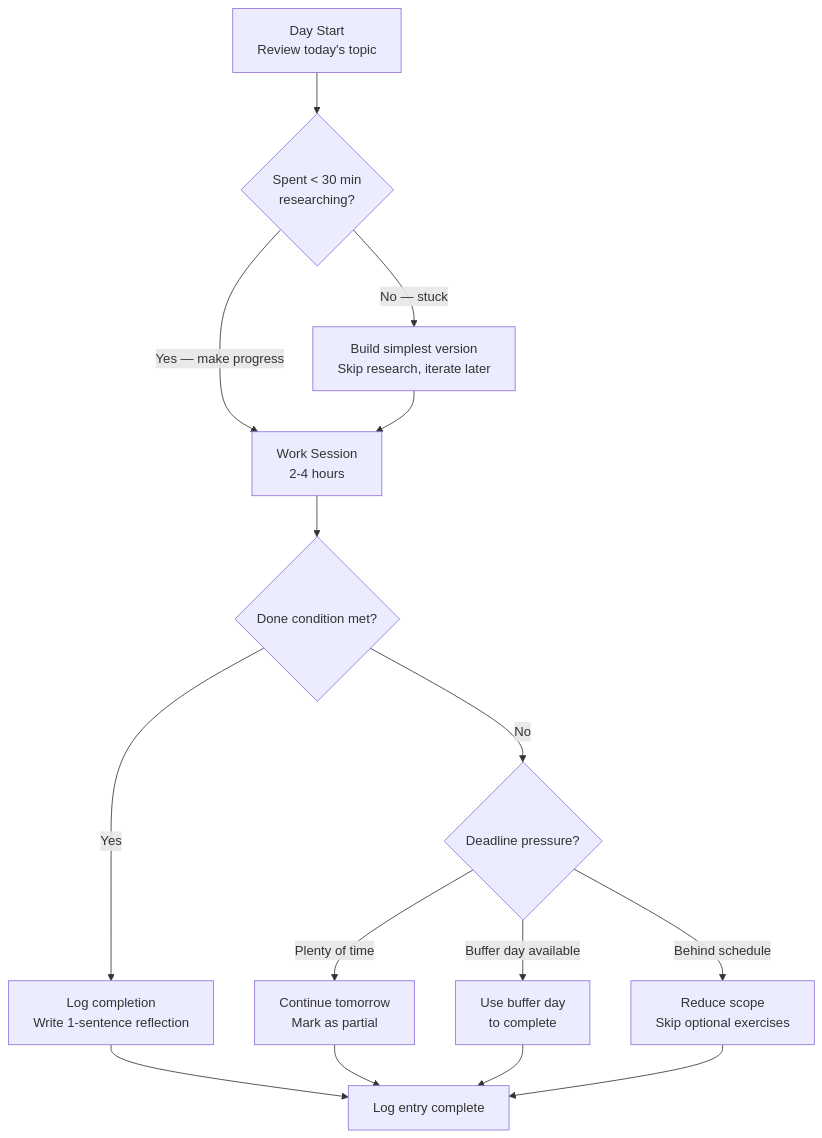
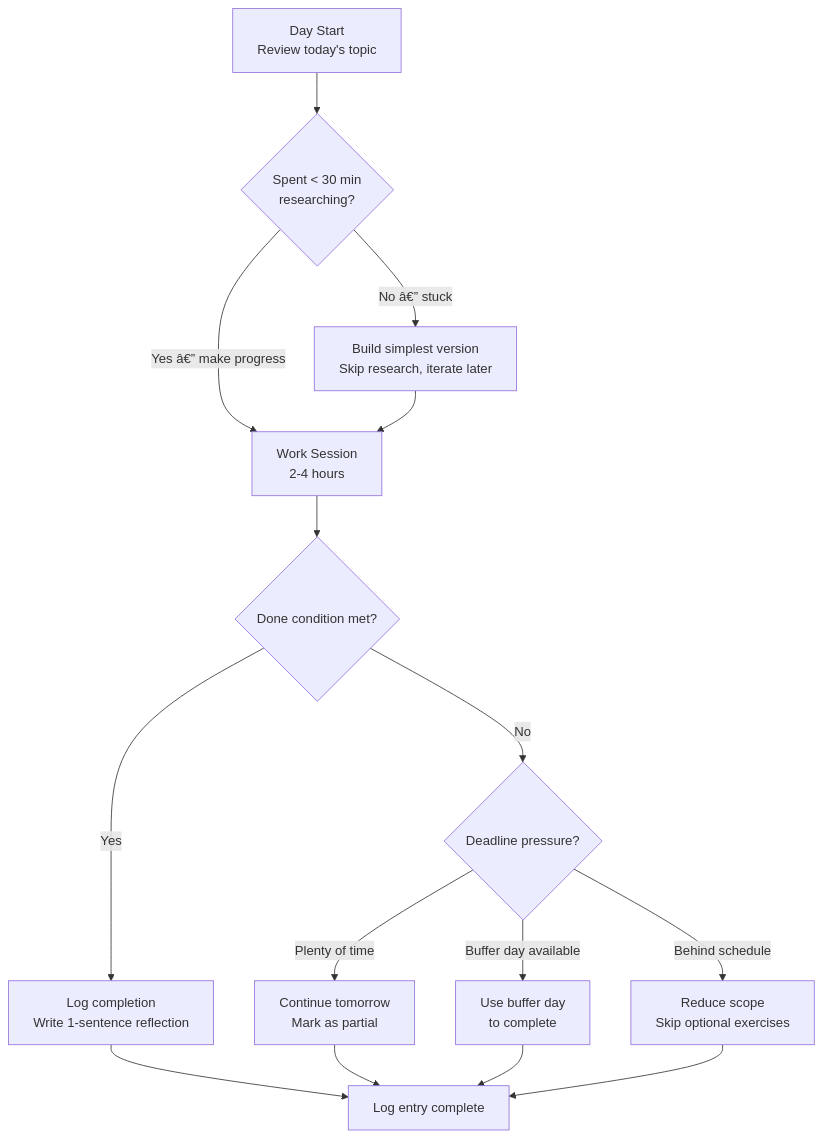
One commit to Raushan666java/ai-engineering-journey changed the third of 4 diagrams in docs/courses/ai-agent-engineer/07-day-by-day-plan.md. Above: the diagram before and after it, drawn with Mermaid. The commit also changed other lines of this file and 735 other files, not shown here.

````diff
--- a/docs/courses/ai-agent-engineer/07-day-by-day-plan.md
+++ b/docs/courses/ai-agent-engineer/07-day-by-day-plan.md
@@ -689,17 +689,17 @@
 ```mermaid
 flowchart TD
     START["Day Start<br/>Review today's topic"] --> CHECK{"Spent &lt; 30 min<br/>researching?"}
-    CHECK -->|"Yes — make progress"| WORK["Work Session<br/>2-4 hours"]
-    CHECK -->|"No — stuck"| SIMPLIFY["Build simplest version<br/>Skip research, iterate later"]
+    CHECK -->|"Yes â€” make progress"| WORK["Work Session<br/>2-4 hours"]
+    CHECK -->|"No â€” stuck"| SIMPLIFY["Build simplest version<br/>Skip research, iterate later"]
     SIMPLIFY --> WORK
     WORK --> DONE{"Done condition met?"}
     DONE -->|"Yes"| LOG["Log completion<br/>Write 1-sentence reflection"]
     DONE -->|"No"| ADJUST{"Deadline pressure?"}
     ADJUST -->|"Plenty of time"| CONTINUE["Continue tomorrow<br/>Mark as partial"]
     ADJUST -->|"Buffer day available"| BUFFER["Use buffer day<br/>to complete"]
     ADJUST -->|"Behind schedule"| REDUCE["Reduce scope<br/>Skip optional exercises"]
     LOG --> END["Log entry complete"]
     CONTINUE --> END
     BUFFER --> END
     REDUCE --> END
 ```
````
